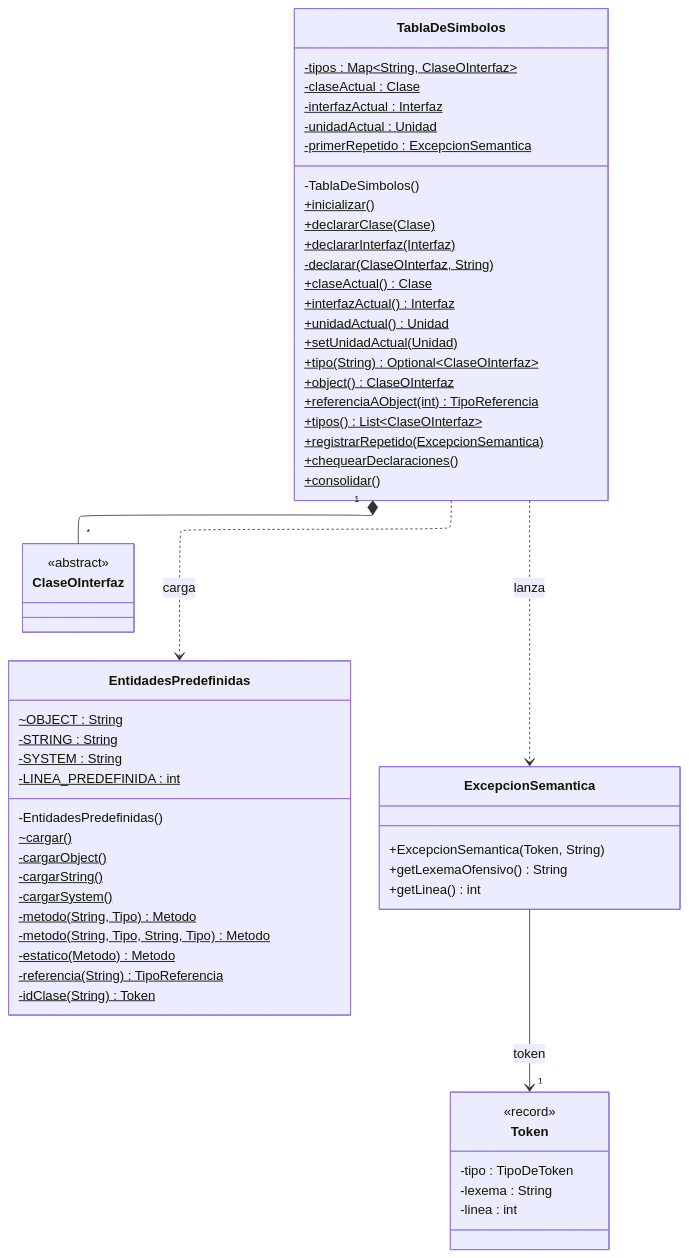
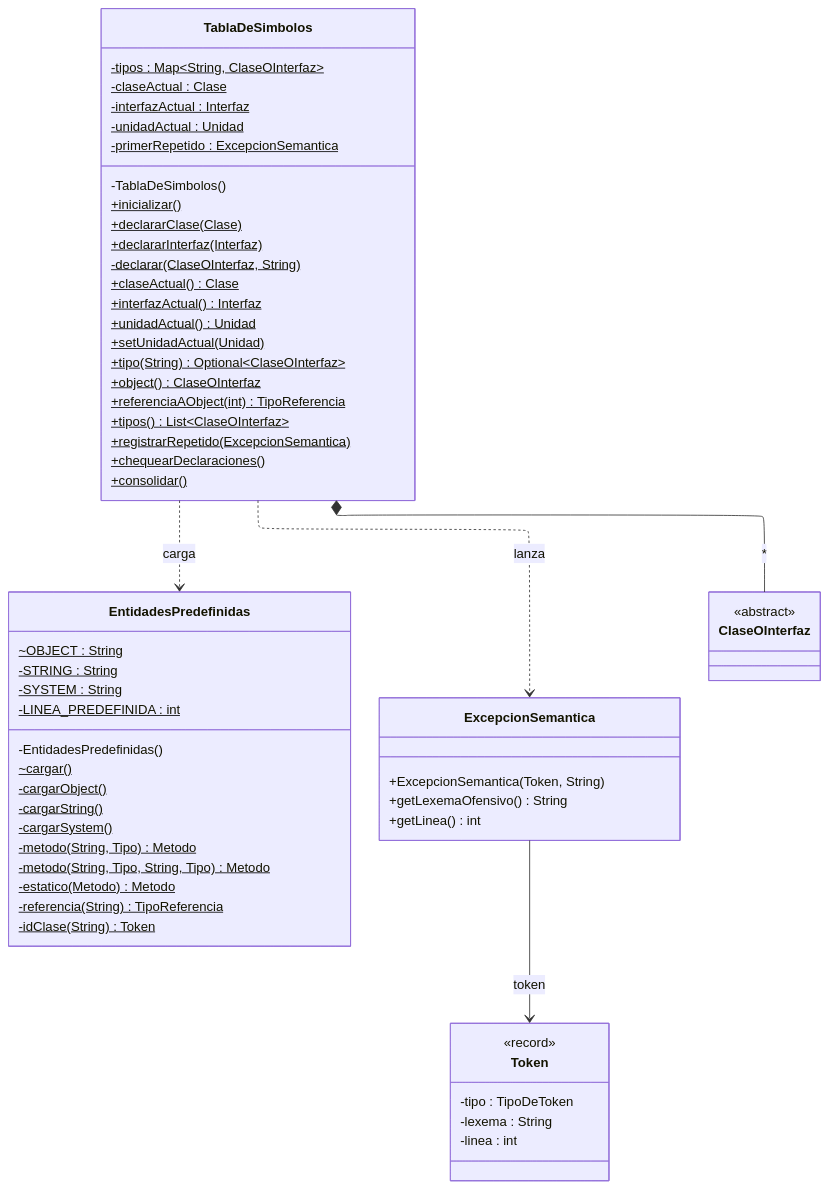
One commit to agustinpaul0/Proyecto-CEI changed the second of 5 diagrams in documentacion/semantico/arquitectura-del-analizador-semantico.md. Above: the diagram before and after it, drawn with Mermaid. The commit also changed other lines of this file and 8 other files, not shown here.

````diff
--- a/documentacion/semantico/arquitectura-del-analizador-semantico.md
+++ b/documentacion/semantico/arquitectura-del-analizador-semantico.md
@@ -59,65 +60,65 @@
 ```mermaid
 ---
 config:
   layout: elk
 ---
 classDiagram
     direction TB
     class TablaDeSimbolos {
         -tipos : Map~String, ClaseOInterfaz~$
         -claseActual : Clase$
         -interfazActual : Interfaz$
         -unidadActual : Unidad$
         -primerRepetido : ExcepcionSemantica$
         -TablaDeSimbolos()
         +inicializar()$
         +declararClase(Clase)$
         +declararInterfaz(Interfaz)$
         -declarar(ClaseOInterfaz, String)$
         +claseActual()$ Clase
         +interfazActual()$ Interfaz
         +unidadActual()$ Unidad
         +setUnidadActual(Unidad)$
         +tipo(String)$ Optional~ClaseOInterfaz~
         +object()$ ClaseOInterfaz
         +referenciaAObject(int)$ TipoReferencia
         +tipos()$ List~ClaseOInterfaz~
         +registrarRepetido(ExcepcionSemantica)$
         +chequearDeclaraciones()$
         +consolidar()$
     }
     class EntidadesPredefinidas {
         ~OBJECT : String$
         -STRING : String$
         -SYSTEM : String$
         -LINEA_PREDEFINIDA : int$
         -EntidadesPredefinidas()
         ~cargar()$
         -cargarObject()$
         -cargarString()$
         -cargarSystem()$
         -metodo(String, Tipo)$ Metodo
         -metodo(String, Tipo, String, Tipo)$ Metodo
         -estatico(Metodo)$ Metodo
         -referencia(String)$ TipoReferencia
         -idClase(String)$ Token
     }
     class ExcepcionSemantica {
         +ExcepcionSemantica(Token, String)
         +getLexemaOfensivo() String
         +getLinea() int
     }
     class Token {
         <<record>>
         -tipo : TipoDeToken
         -lexema : String
         -linea : int
     }
     class ClaseOInterfaz {
         <<abstract>>
     }
-    TablaDeSimbolos "1" *-- "*" ClaseOInterfaz
+    TablaDeSimbolos *-- ClaseOInterfaz : *
     TablaDeSimbolos ..> EntidadesPredefinidas : carga
     TablaDeSimbolos ..> ExcepcionSemantica : lanza
-    ExcepcionSemantica --> "1" Token : token
+    ExcepcionSemantica --> Token : token
 ```
````
